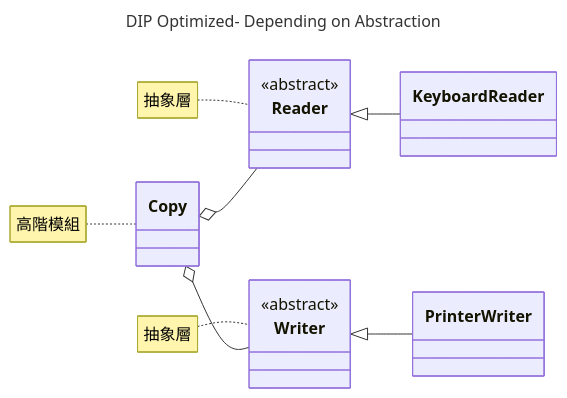
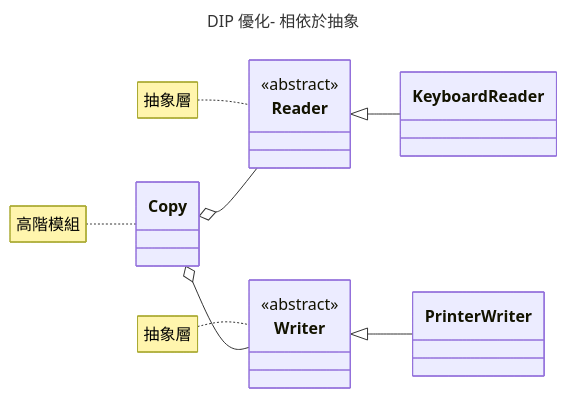
Diagram 14 of 17 in Part3_Principle/ch08_oo.md (nlhsueh/teach_sw_fw), drawn with Mermaid before and after one commit. The commit also changed other lines of this file and 1 other file, not shown here.

Commit message:
style: translate diagram titles and notes to Chinese in ch07 and ch08

````diff
--- a/Part3_Principle/ch08_oo.md
+++ b/Part3_Principle/ch08_oo.md
@@ -792,25 +788,25 @@
 ```mermaid
 ---
-title: DIP Optimized- Depending on Abstraction
+title: DIP 優化- 相依於抽象
 ---
 classDiagram
     direction LR
     class Copy
     class Reader {
         <<abstract>>
     }
     class Writer {
         <<abstract>>
     }
     class KeyboardReader
     class PrinterWriter
 
     Copy o-- Reader
     Copy o-- Writer
     Reader <|-- KeyboardReader
     Writer <|-- PrinterWriter
 
     note for Copy "高階模組"
     note for Reader "抽象層"
     note for Writer "抽象層"
 ```
````
